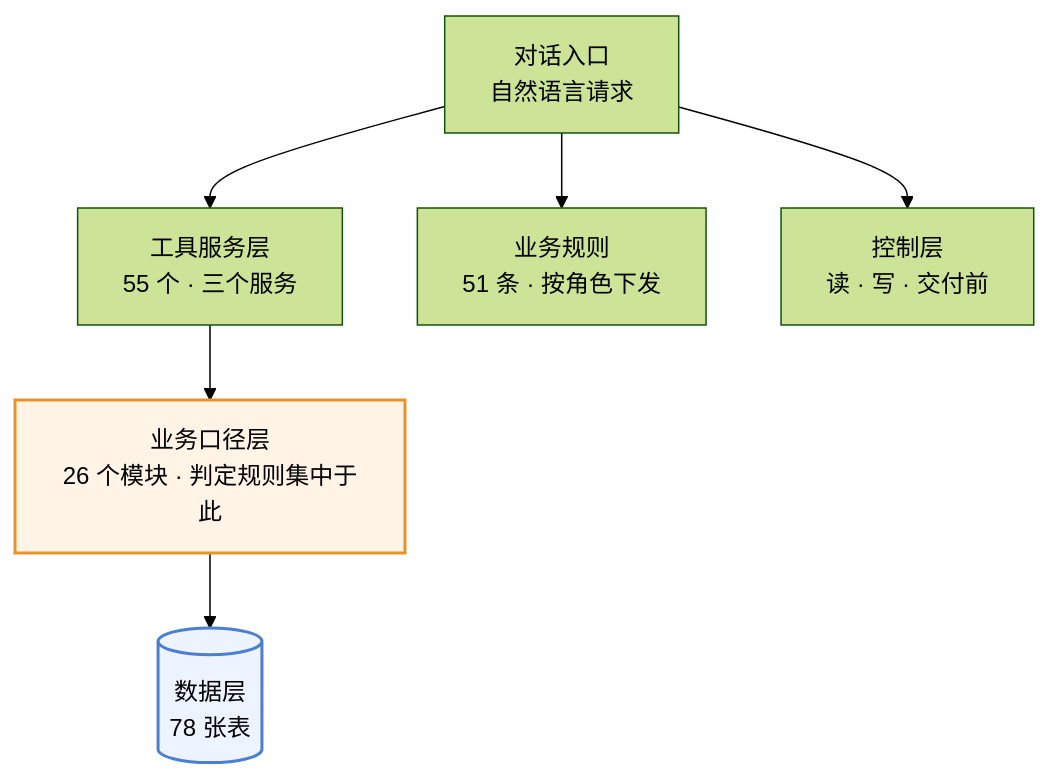
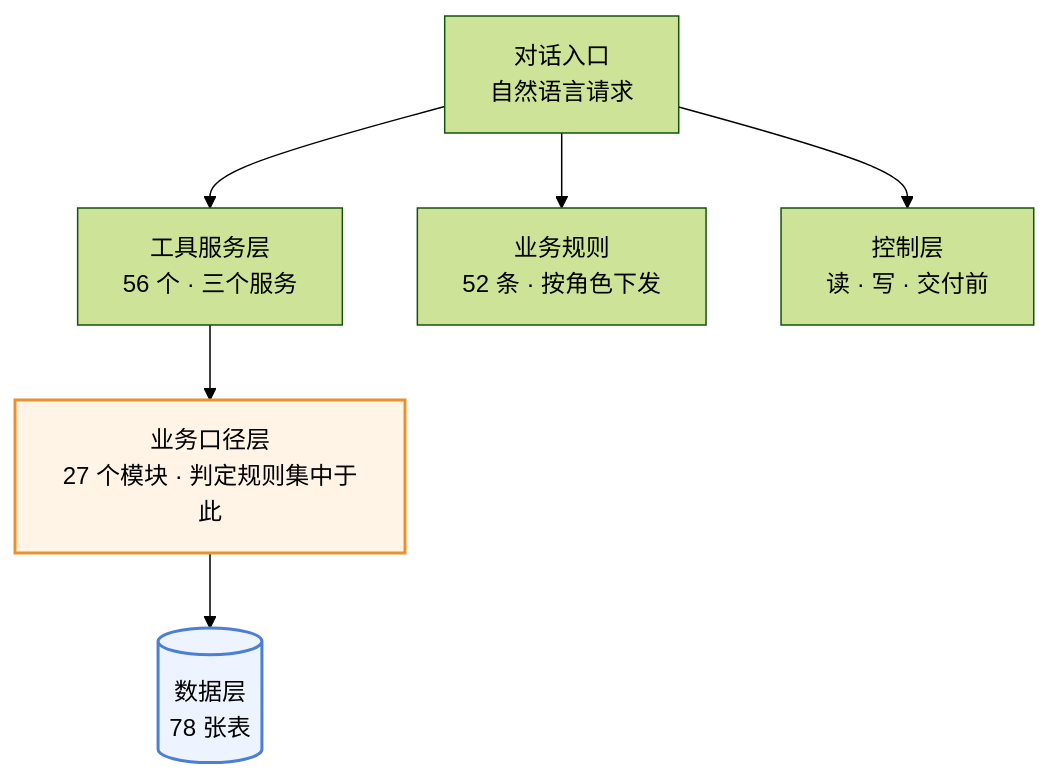
One commit to 843773296-rgb/lanxiu-yunshang-agent changed the first of 4 diagrams in 澜绣云裳agent-产品需求文档.md. Above: the diagram before and after it, drawn with Mermaid (forest theme). The commit also changed other lines of this file and 17 other files, not shown here.

````diff
--- a/澜绣云裳agent-产品需求文档.md
+++ b/澜绣云裳agent-产品需求文档.md
@@ -134,12 +134,12 @@
 ```mermaid
 flowchart TD
     M["对话入口<br/>自然语言请求"]
-    M --> T["工具服务层<br/>55 个 · 三个服务"]
-    M --> R["业务规则<br/>51 条 · 按角色下发"]
+    M --> T["工具服务层<br/>56 个 · 三个服务"]
+    M --> R["业务规则<br/>52 条 · 按角色下发"]
     M --> G["控制层<br/>读 · 写 · 交付前"]
-    T --> K["业务口径层<br/>26 个模块 · 判定规则集中于此"]
+    T --> K["业务口径层<br/>27 个模块 · 判定规则集中于此"]
     K --> DB[("数据层<br/>78 张表")]
 
     style K fill:#fff4e6,stroke:#e8912d,stroke-width:2px
     style DB fill:#eef4ff,stroke:#4a7fd4,stroke-width:2px
 ```
````
